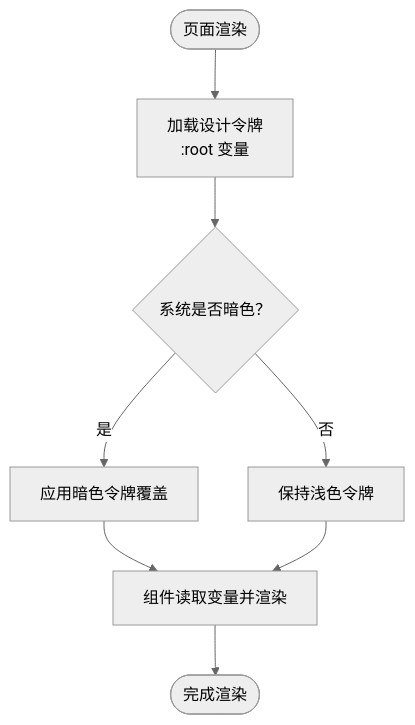
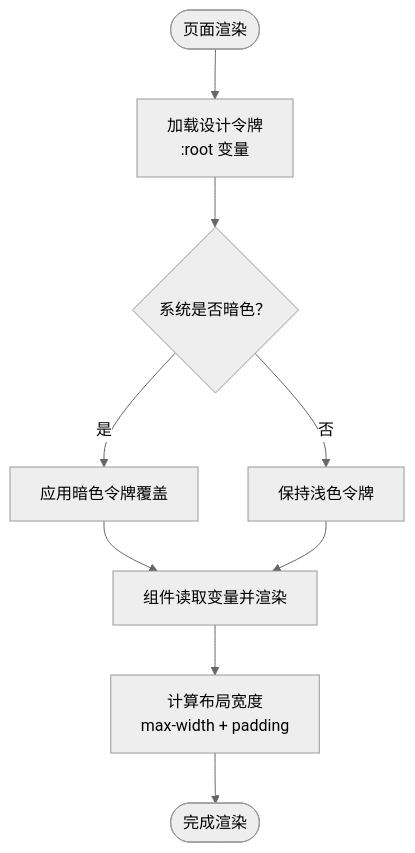
One commit to LZC6244/lzc6244.github.io changed the third of 5 diagrams in .qoder/repowiki/zh/content/主题定制/样式定制/CSS变量设计体系.md. Above: the diagram before and after it, drawn with Mermaid (neutral theme). The commit also changed other lines of this file and 36 other files, not shown here.

````diff
--- a/.qoder/repowiki/zh/content/主题定制/样式定制/CSS变量设计体系.md
+++ b/.qoder/repowiki/zh/content/主题定制/样式定制/CSS变量设计体系.md
@@ -141,10 +149,11 @@
 ```mermaid
 flowchart TD
 Start(["页面渲染"]) --> LoadTokens["加载设计令牌<br/>:root 变量"]
 LoadTokens --> DetectScheme{"系统是否暗色？"}
 DetectScheme --> |是| ApplyDark["应用暗色令牌覆盖"]
 DetectScheme --> |否| KeepLight["保持浅色令牌"]
 ApplyDark --> UseVars["组件读取变量并渲染"]
 KeepLight --> UseVars
-UseVars --> End(["完成渲染"])
+UseVars --> LayoutCalc["计算布局宽度<br/>max-width + padding"]
+LayoutCalc --> End(["完成渲染"])
 ```
````
